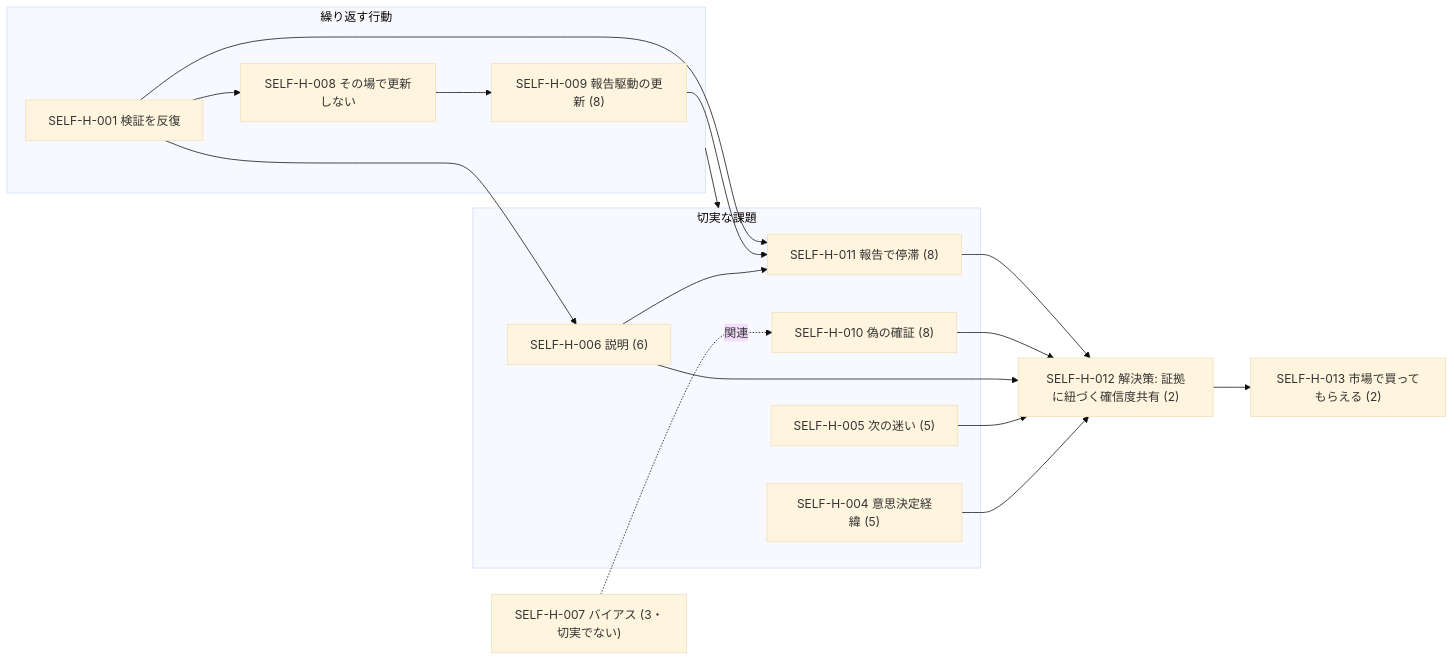
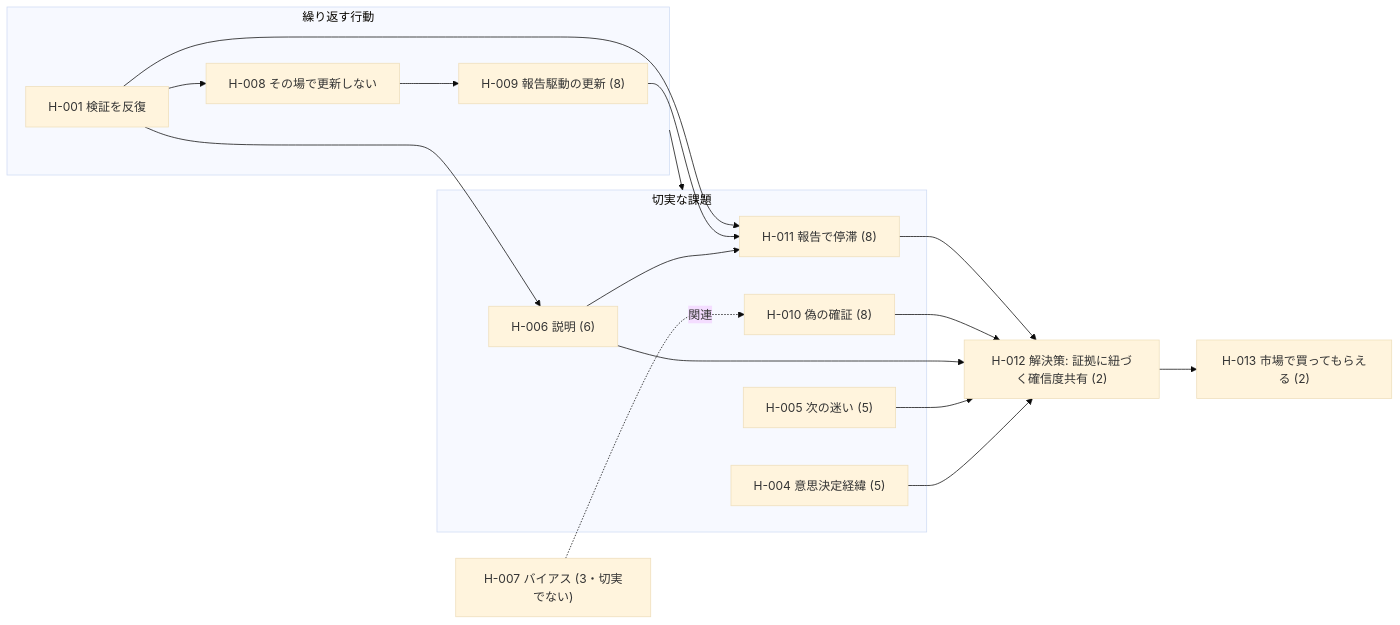
Before and after one commit to haru01/hypothesis-wiki: the diagram in projects/self/wiki/views/hypotheses-list.md, drawn with Mermaid (base theme). The commit also changed other lines of this file and 5 other files, not shown here.

````diff
--- a/projects/self/wiki/views/hypotheses-list.md
+++ b/projects/self/wiki/views/hypotheses-list.md
@@ -13,29 +14,29 @@
 ```mermaid
 flowchart LR
   subgraph B[繰り返す行動]
-    H001["SELF-H-001 検証を反復"]
-    H008["SELF-H-008 その場で更新しない"]
-    H009["SELF-H-009 報告駆動の更新 (8)"]
+    H001["H-001 検証を反復"]
+    H008["H-008 その場で更新しない"]
+    H009["H-009 報告駆動の更新 (8)"]
   end
   subgraph P[切実な課題]
-    H011["SELF-H-011 報告で停滞 (8)"]
-    H010["SELF-H-010 偽の確証 (8)"]
-    H006["SELF-H-006 説明 (6)"]
-    H005["SELF-H-005 次の迷い (5)"]
-    H004["SELF-H-004 意思決定経緯 (5)"]
+    H011["H-011 報告で停滞 (8)"]
+    H010["H-010 偽の確証 (8)"]
+    H006["H-006 説明 (6)"]
+    H005["H-005 次の迷い (5)"]
+    H004["H-004 意思決定経緯 (5)"]
   end
-  S["SELF-H-012 解決策: 証拠に紐づく確信度共有 (2)"]
-  M["SELF-H-013 市場で買ってもらえる (2)"]
+  S["H-012 解決策: 証拠に紐づく確信度共有 (2)"]
+  M["H-013 市場で買ってもらえる (2)"]
   H001 --> H008 --> H009
   H001 --> H011
   H009 --> H011
   H001 --> H006 --> H011
   B --> P
   H011 --> S
   H010 --> S
   H006 --> S
   H005 --> S
   H004 --> S
   S --> M
-  H007["SELF-H-007 バイアス (3・切実でない)"] -. 関連 .-> H010
+  H007["H-007 バイアス (3・切実でない)"] -. 関連 .-> H010
 ```
````
